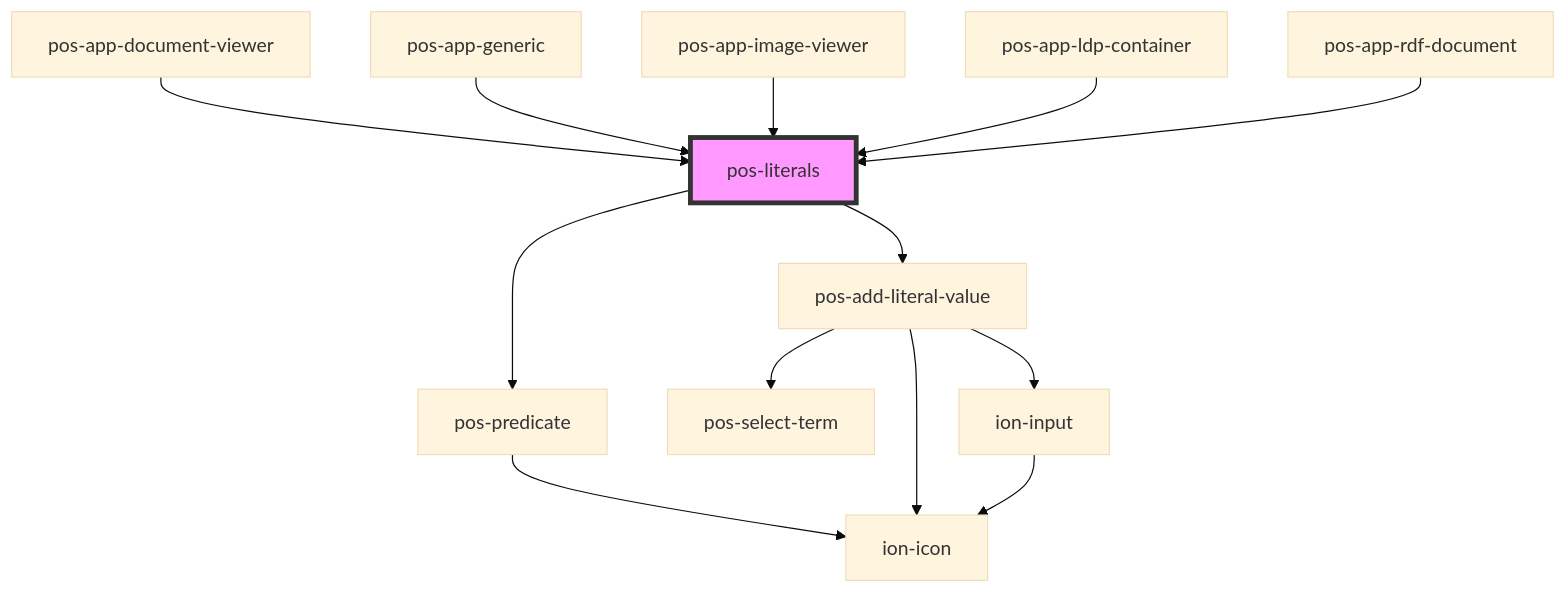
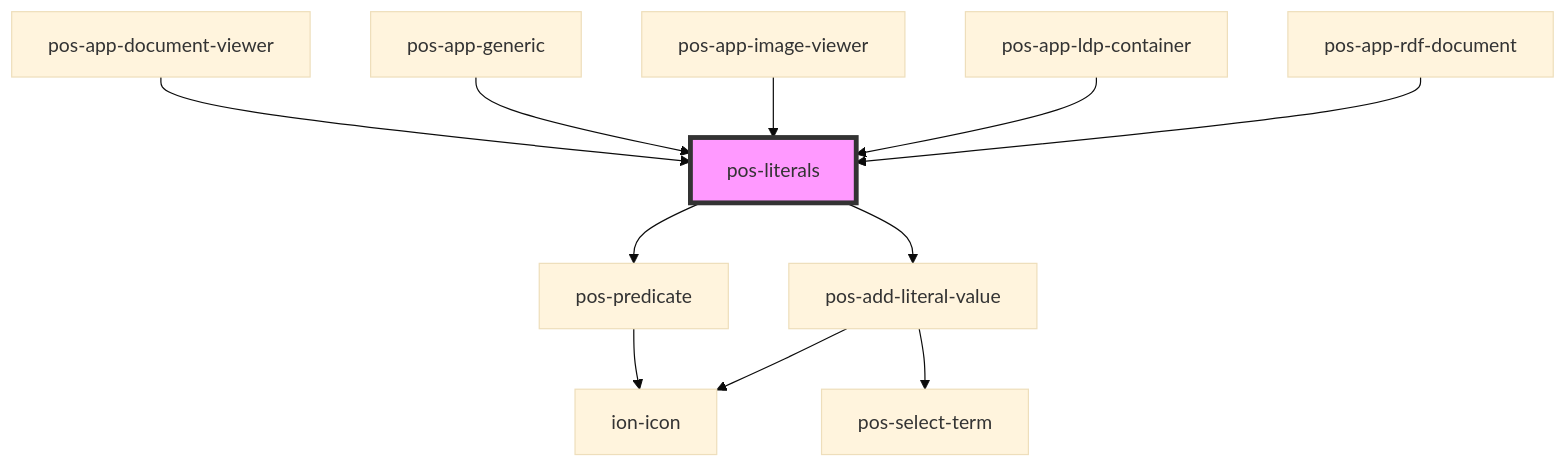
The diagram in docs/elements/components/pos-literals/readme.md (pod-os/PodOS), drawn with Mermaid (base theme) before and after one commit. The commit also changed 20 other files, not shown here.

````diff
--- a/docs/elements/components/pos-literals/readme.md
+++ b/docs/elements/components/pos-literals/readme.md
@@ -31,16 +31,14 @@
 ```mermaid
 graph TD;
   pos-literals --> pos-predicate
   pos-literals --> pos-add-literal-value
   pos-predicate --> ion-icon
   pos-add-literal-value --> ion-icon
   pos-add-literal-value --> pos-select-term
-  pos-add-literal-value --> ion-input
-  ion-input --> ion-icon
   pos-app-document-viewer --> pos-literals
   pos-app-generic --> pos-literals
   pos-app-image-viewer --> pos-literals
   pos-app-ldp-container --> pos-literals
   pos-app-rdf-document --> pos-literals
   style pos-literals fill:#f9f,stroke:#333,stroke-width:4px
 ```
````
